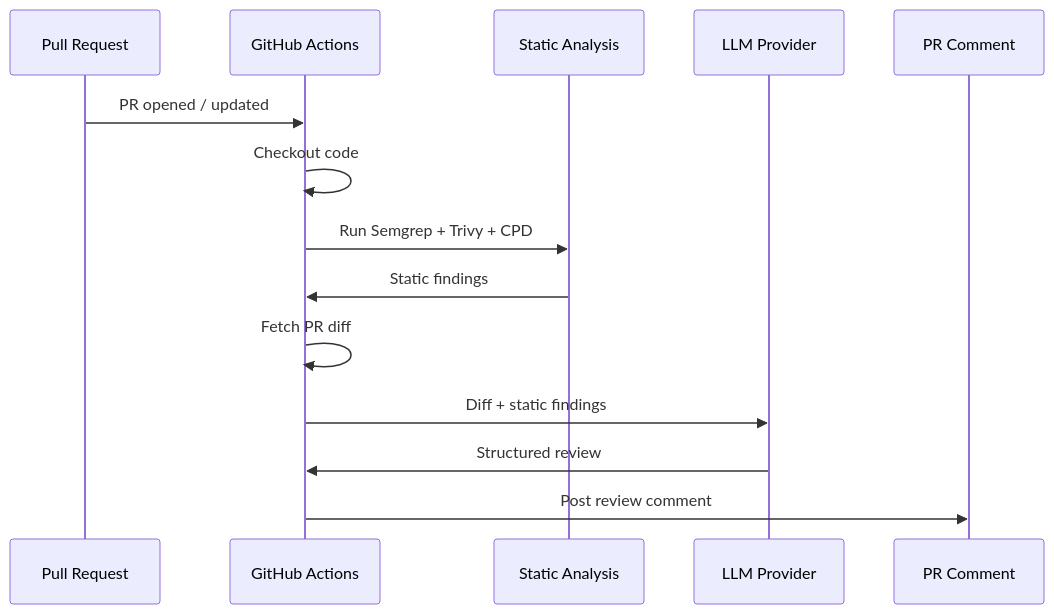
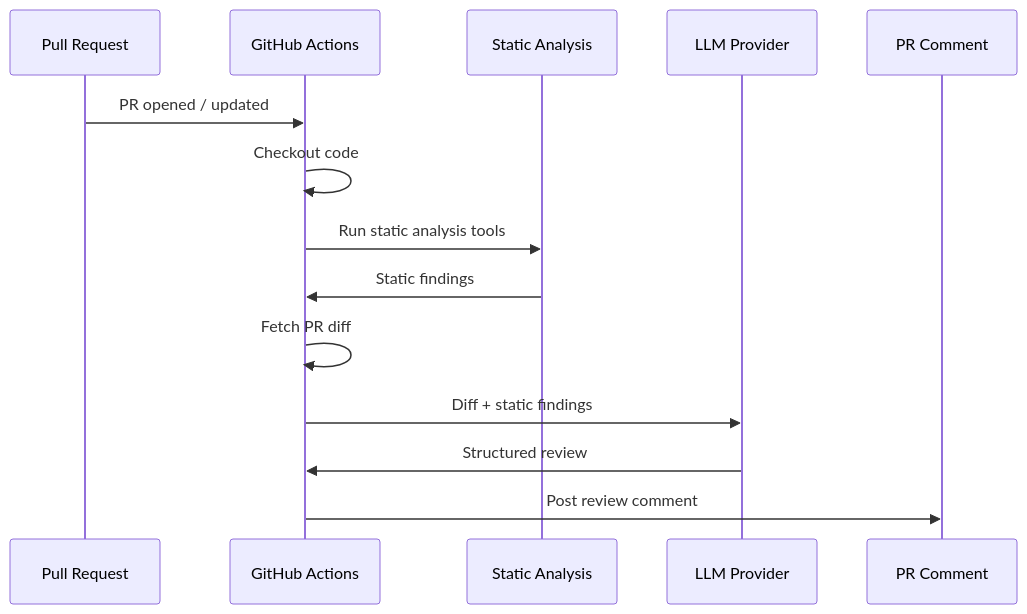
The diagram in docs/github-action.md (actions-marketplace-validations/JNZader_ghagga), drawn with Mermaid before and after one commit. The commit also changed other lines of this file and 9 other files, not shown here.

First line of the commit message:
docs: update all documentation for extensible static analysis (3→15 tools)

````diff
--- a/docs/github-action.md
+++ b/docs/github-action.md
@@ -107,17 +107,17 @@
 ```mermaid
 sequenceDiagram
     participant PR as Pull Request
     participant GA as GitHub Actions
     participant SA as Static Analysis
     participant LLM as LLM Provider
     participant Comment as PR Comment
 
     PR->>GA: PR opened / updated
     GA->>GA: Checkout code
-    GA->>SA: Run Semgrep + Trivy + CPD
+    GA->>SA: Run static analysis tools
     SA->>GA: Static findings
     GA->>GA: Fetch PR diff
     GA->>LLM: Diff + static findings
     LLM->>GA: Structured review
     GA->>Comment: Post review comment
 ```
````
